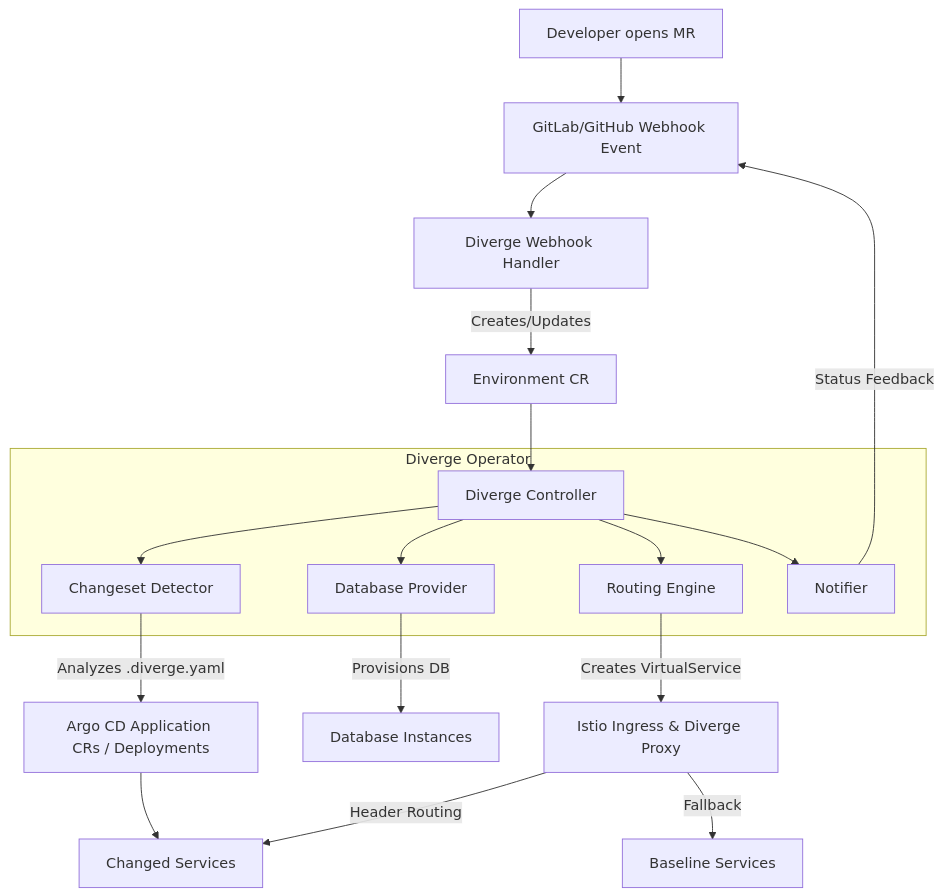
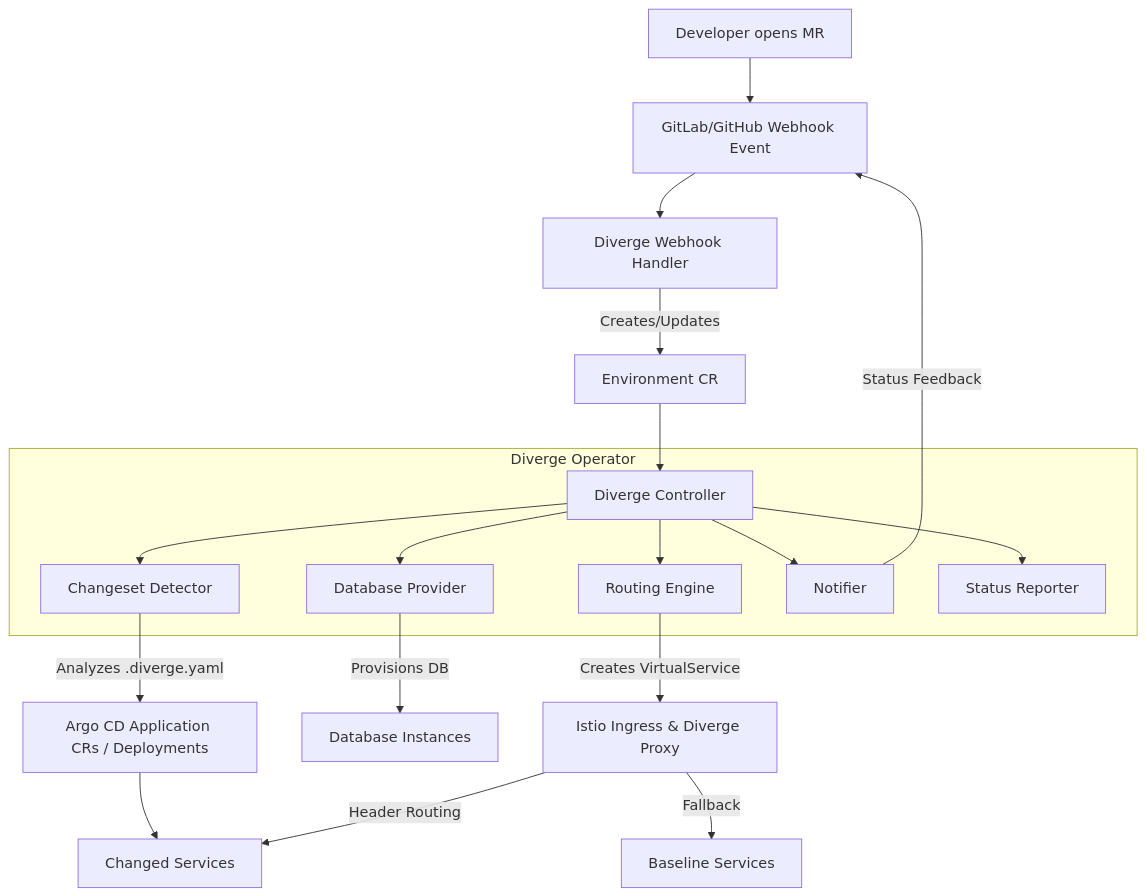
One commit to divergedev/diverge changed the diagram in docs/architecture.md. Above: the diagram before and after it, drawn with Mermaid. The commit also changed other lines of this file and 3 other files, not shown here.

First line of the commit message:
docs: update for phases 3-5 (SchemaProvider, StatusReporter, NamespaceLabels)

````diff
--- a/docs/architecture.md
+++ b/docs/architecture.md
@@ -10,23 +10,24 @@
 ```mermaid
 flowchart TD
     A[Developer opens MR] --> B[GitLab/GitHub Webhook Event]
     B --> C[Diverge Webhook Handler]
     C -->|Creates/Updates| D[Environment CR]
     D --> E[Diverge Controller]
 
     subgraph Diverge Operator
         E --> F[Changeset Detector]
         E --> G[Database Provider]
         E --> H[Routing Engine]
         E --> N[Notifier]
+        E --> S[Status Reporter]
     end
 
     F -->|Analyzes .diverge.yaml| I[Argo CD Application CRs / Deployments]
     G -->|Provisions DB| J[Database Instances]
     H -->|Creates VirtualService| K[Istio Ingress & Diverge Proxy]
     N -->|Status Feedback| B
 
     I --> L[Changed Services]
     K -->|Header Routing| L
     K -->|Fallback| M[Baseline Services]
 ```
````
